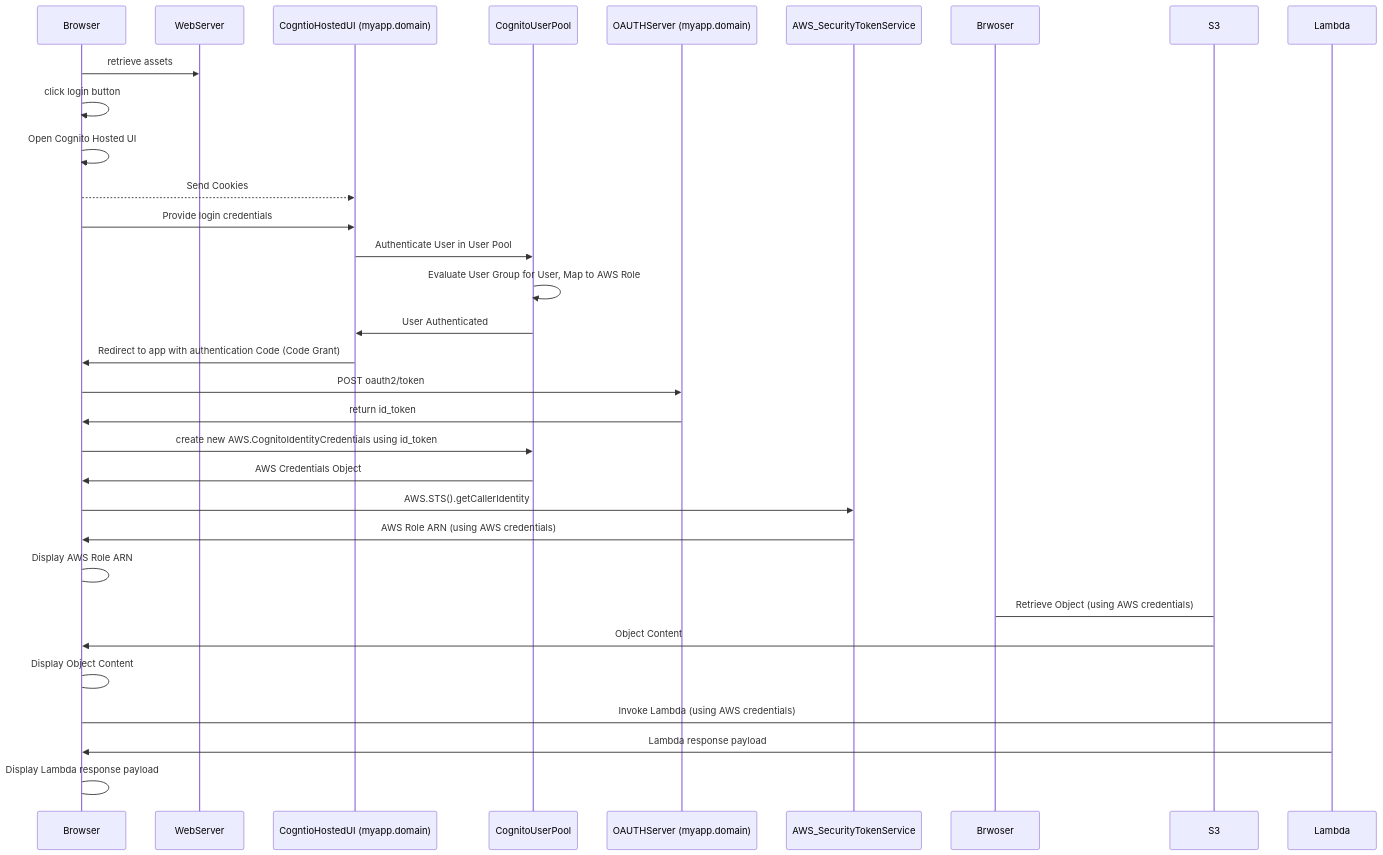
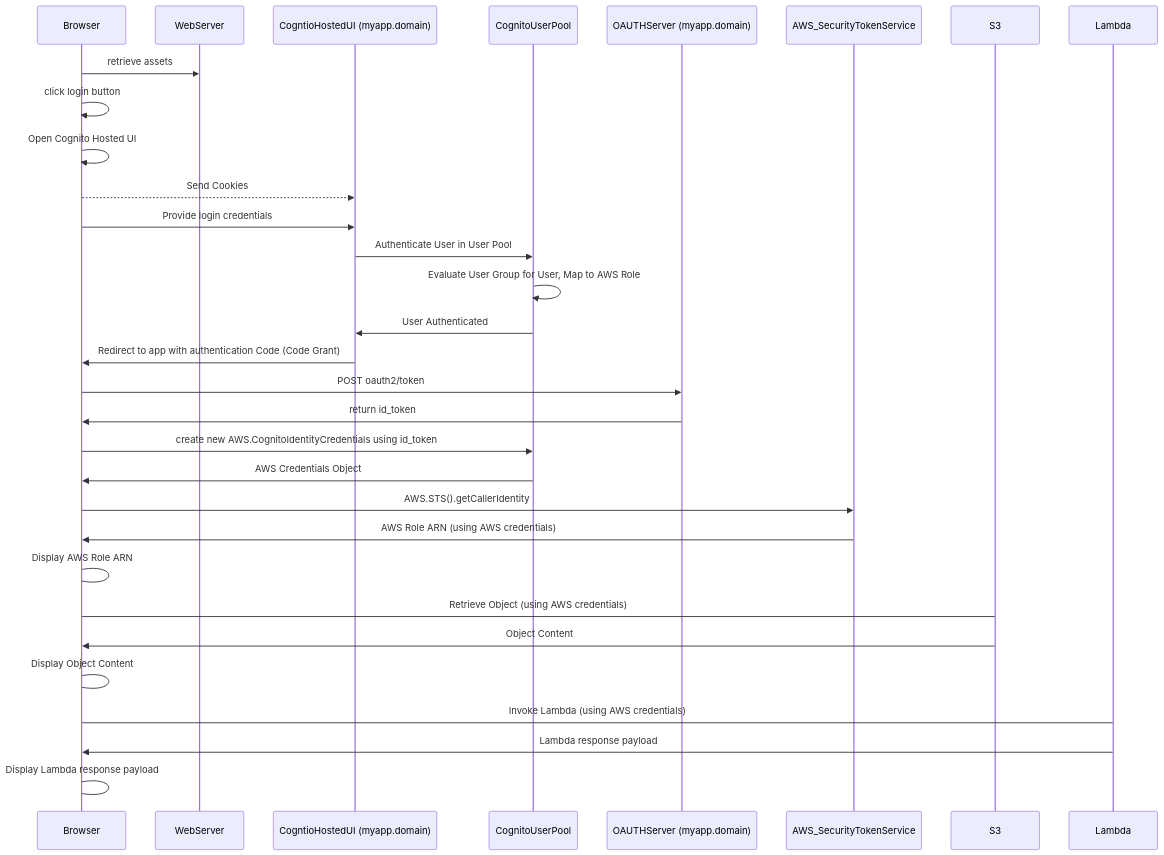
Before and after one commit to terrywbrady/cognito-js-app: the diagram in app.mmd, drawn with Mermaid. The commit also changed 2 other files, not shown here.

Commit message:
update seq diagram

```diff
--- a/app.mmd
+++ b/app.mmd
@@ -1,23 +1,23 @@
 sequenceDiagram
     Browser->>WebServer: retrieve assets
     Browser->>Browser: click login button
     Browser->>Browser: Open Cognito Hosted UI
     Browser-->>CogntioHostedUI (myapp.domain): Send Cookies
     Browser->>CogntioHostedUI (myapp.domain): Provide login credentials
     CogntioHostedUI (myapp.domain)->>CognitoUserPool: Authenticate User in User Pool 
     CognitoUserPool->>CognitoUserPool: Evaluate User Group for User, Map to AWS Role
     CognitoUserPool->>CogntioHostedUI (myapp.domain): User Authenticated
     CogntioHostedUI (myapp.domain)->>Browser: Redirect to app with authentication Code (Code Grant)
     Browser->>OAUTHServer (myapp.domain): POST oauth2/token
     OAUTHServer (myapp.domain)->>Browser: return id_token
     Browser->>CognitoUserPool: create new AWS.CognitoIdentityCredentials using id_token
     CognitoUserPool->>Browser: AWS Credentials Object
     Browser->>AWS_SecurityTokenService: AWS.STS().getCallerIdentity
     AWS_SecurityTokenService->>Browser: AWS Role ARN (using AWS credentials)
     Browser->Browser: Display AWS Role ARN
-    Brwoser->S3: Retrieve Object  (using AWS credentials)
+    Browser->S3: Retrieve Object  (using AWS credentials)
     S3->>Browser: Object Content
     Browser->Browser: Display Object Content
     Browser->Lambda: Invoke Lambda  (using AWS credentials)
     Lambda->>Browser: Lambda response payload
     Browser->Browser: Display Lambda response payload
```
